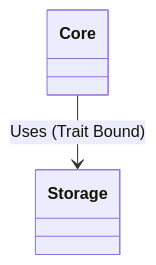
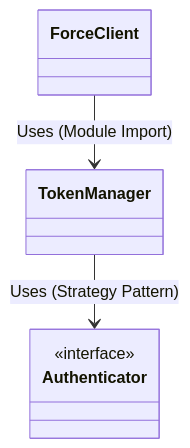
One commit to madmax983/force-rs changed the second of 3 diagrams in docs/architecture.md. Above: the diagram before and after it, drawn with Mermaid. The commit also changed other lines of this file and 1 other file, not shown here.

Commit message:
Updated ADR-009 to 'Accepted' status and refined the decision to reflect the actual module-based decoupling implementation (using TokenManager struct). Updated docs/architecture.md Class and Sequence diagrams to match the codebase, removing the incorrect 'Trait Bound' representation.

````diff
--- a/docs/architecture.md
+++ b/docs/architecture.md
@@ -23,7 +23,10 @@
 ```mermaid
 classDiagram
-  class Core
-  class Storage
-  Core --> Storage : Uses (Trait Bound)
-  %% Removed the circular dependency arrow
+  class ForceClient
+  class TokenManager
+  class Authenticator
+  <<interface>> Authenticator
+  ForceClient --> TokenManager : Uses (Module Import)
+  TokenManager --> Authenticator : Uses (Strategy Pattern)
+  %% Circular dependency between Core and Storage is resolved
 ```
````
